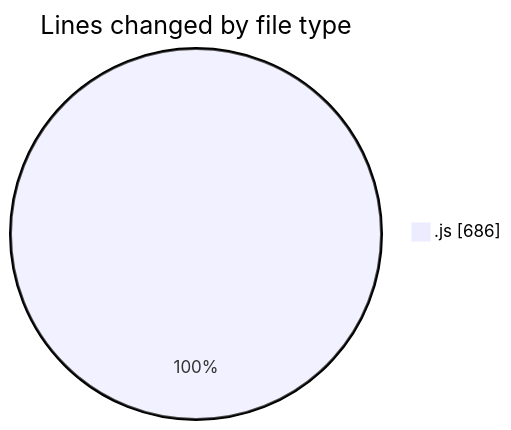
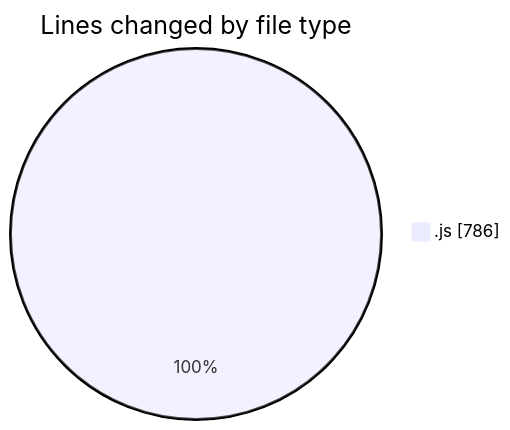
Before and after one commit to Ritupan-Deka/code-tracking: the first of 2 diagrams in 2025-08-05/javascript/README.md, drawn with Mermaid. The commit also changed other lines of this file and 1 other file, not shown here.

````diff
--- a/2025-08-05/javascript/README.md
+++ b/2025-08-05/javascript/README.md
@@ -22,5 +22,5 @@
 ```mermaid
 pie showData
 title Lines changed by file type
-".js" : 686
+".js" : 786
 ```
````
